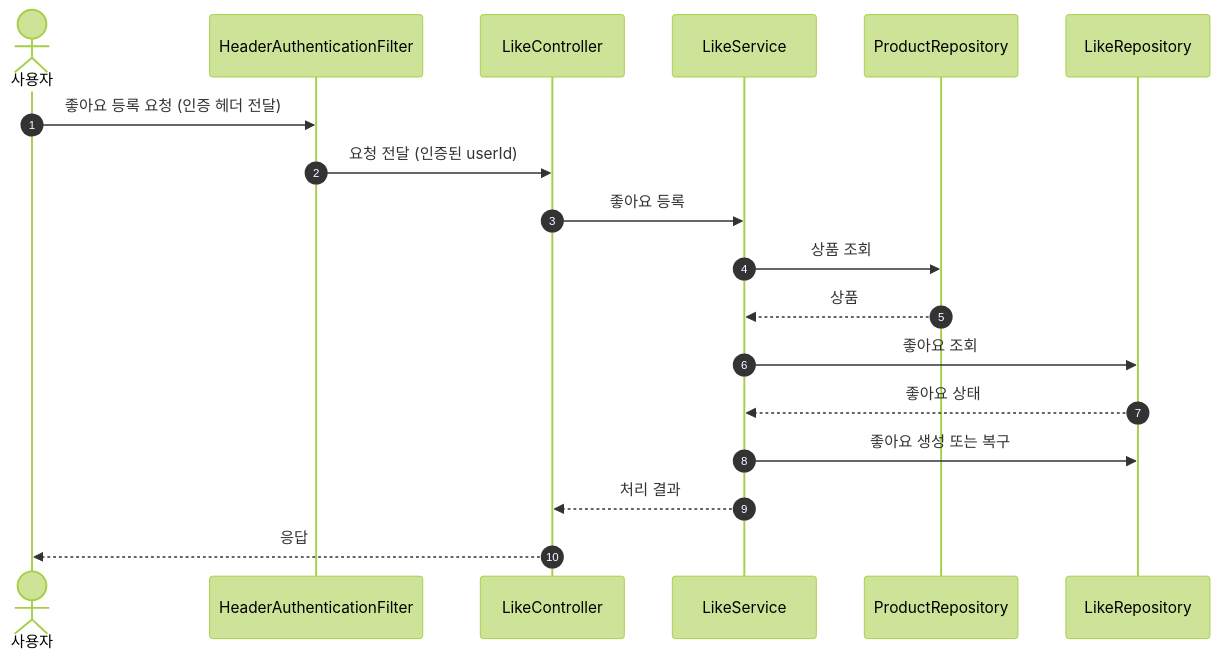
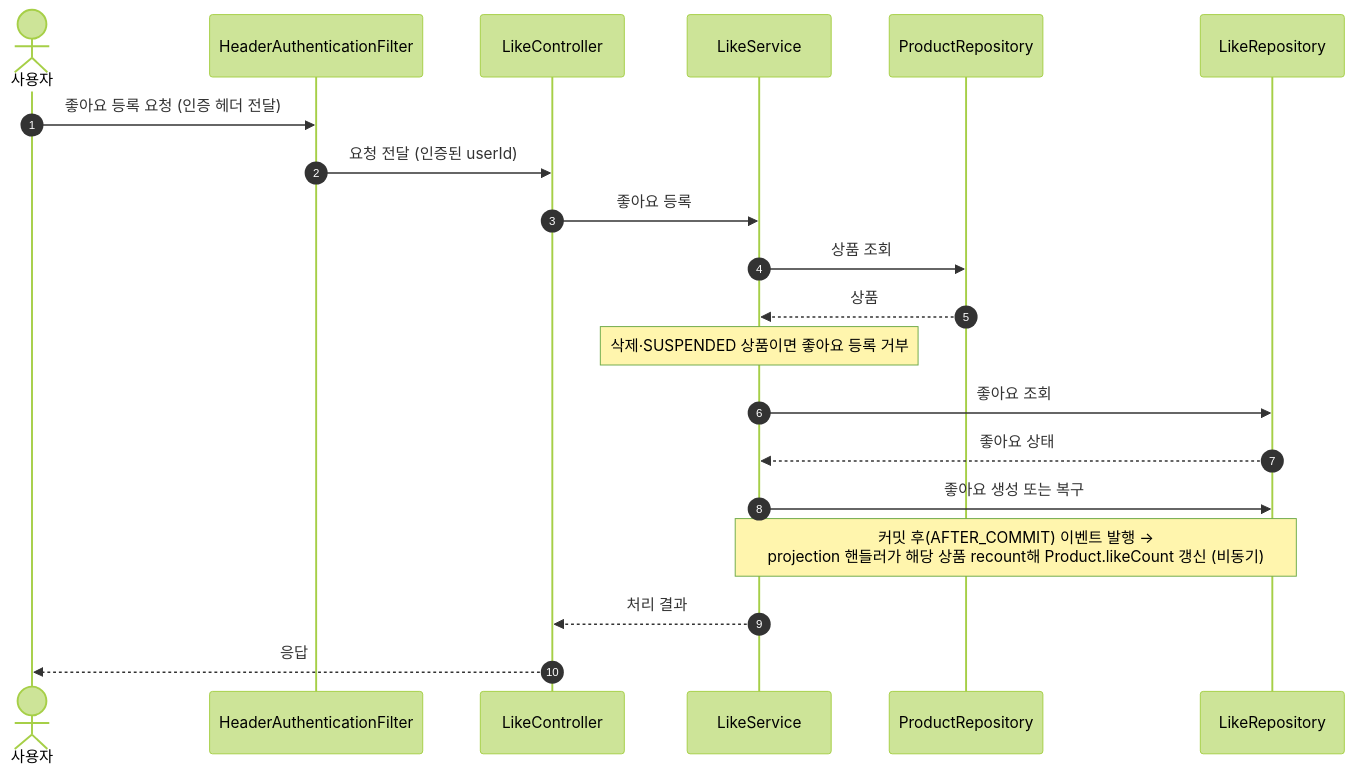
Diagram 11 of 17 in docs/week2/02-sequence-diagrams.md (loopers-labs/loop-pack-be-l2-vol4-java), drawn with Mermaid (forest theme) before and after one commit. The commit also changed other lines of this file and 3 other files, not shown here.

````diff
--- a/docs/week2/02-sequence-diagrams.md
+++ b/docs/week2/02-sequence-diagrams.md
@@ -261,21 +275,23 @@
 ```mermaid
 sequenceDiagram
     autonumber
     actor Client as 사용자
     participant Auth as HeaderAuthenticationFilter
     participant Controller as LikeController
     participant Service as LikeService
     participant ProductRepository as ProductRepository
     participant LikeRepository as LikeRepository
 
     Client->>Auth: 좋아요 등록 요청 (인증 헤더 전달)
     Auth->>Controller: 요청 전달 (인증된 userId)
     Controller->>Service: 좋아요 등록
     Service->>ProductRepository: 상품 조회
     ProductRepository-->>Service: 상품
+    Note over Service: 삭제·SUSPENDED 상품이면 좋아요 등록 거부
     Service->>LikeRepository: 좋아요 조회
     LikeRepository-->>Service: 좋아요 상태
     Service->>LikeRepository: 좋아요 생성 또는 복구
+    Note over Service,LikeRepository: 커밋 후(AFTER_COMMIT) 이벤트 발행 →<br/>projection 핸들러가 해당 상품 recount해 Product.likeCount 갱신 (비동기)
     Service-->>Controller: 처리 결과
     Controller-->>Client: 응답
 ```
````
